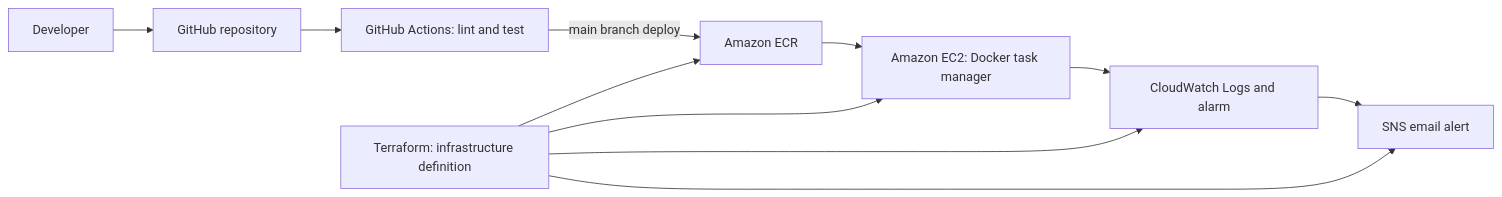
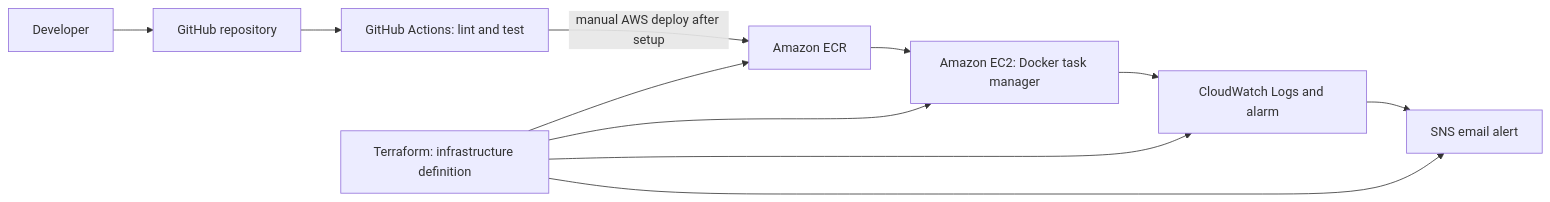
Before and after one commit to Sanath-2002/TASK-MANAGER: the diagram in README.md, drawn with Mermaid. The commit also changed other lines of this file and 2 other files, not shown here.

Commit message:
ci: prepare manual AWS deployment flow

````diff
--- a/README.md
+++ b/README.md
@@ -11,13 +11,13 @@
 ```mermaid
 flowchart LR
     Dev[Developer] --> GitHub[GitHub repository]
     GitHub --> Actions[GitHub Actions: lint and test]
-    Actions -->|main branch deploy| ECR[Amazon ECR]
+    Actions -->|manual AWS deploy after setup| ECR[Amazon ECR]
     ECR --> EC2[Amazon EC2: Docker task manager]
     EC2 --> CW[CloudWatch Logs and alarm]
     CW --> SNS[SNS email alert]
     Terraform[Terraform: infrastructure definition] --> ECR
     Terraform --> EC2
     Terraform --> CW
     Terraform --> SNS
 ```
````
